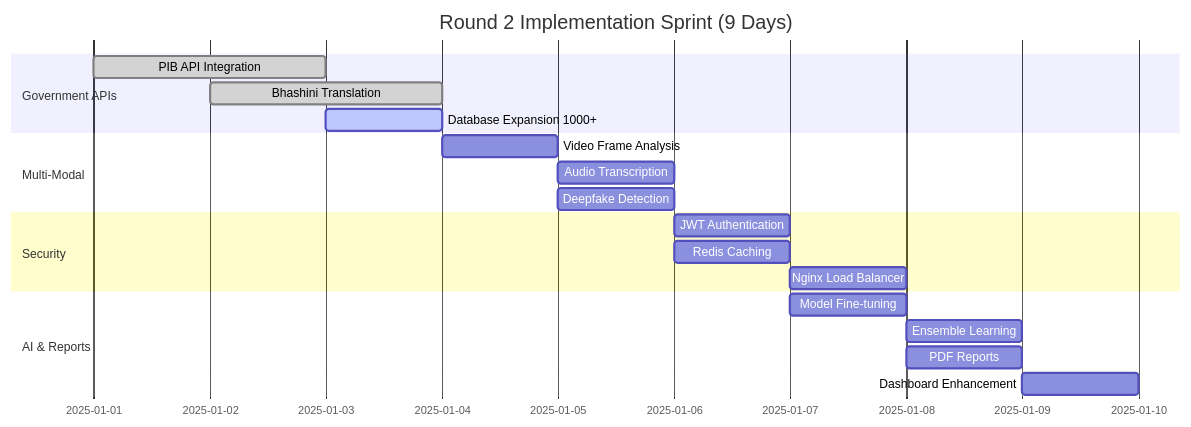
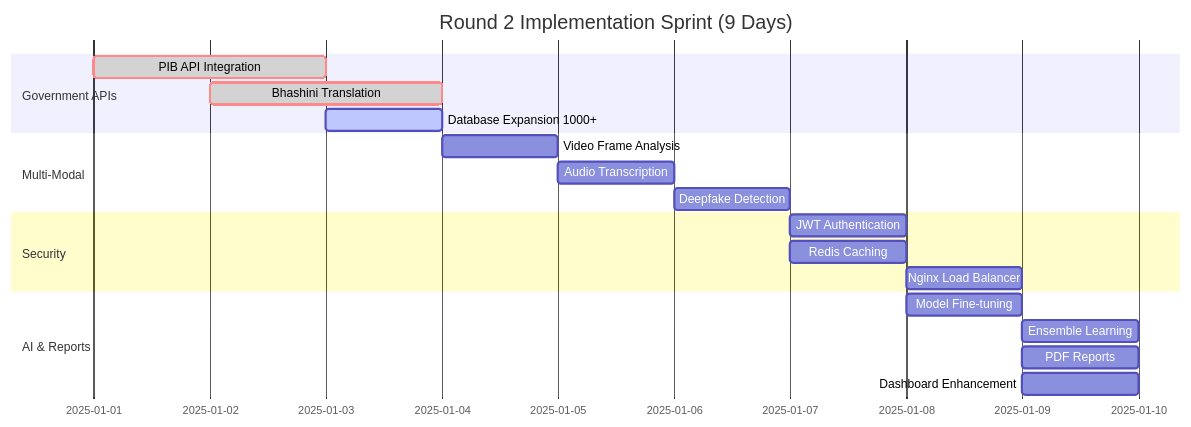
The seventh of 7 diagrams in docs/round2/ROUND2_IMPROVEMENTS.md (AbhishekGiri04/SATYA-DRISHTI), drawn with Mermaid before and after one commit. The commit also changed other lines of this file and 1 other file, not shown here.

Commit message:
Fix Gantt chart visibility for PIB and Bhashini tasks

````diff
--- a/docs/round2/ROUND2_IMPROVEMENTS.md
+++ b/docs/round2/ROUND2_IMPROVEMENTS.md
@@ -735,22 +735,22 @@
 ```mermaid
 gantt
     title Round 2 Implementation Sprint (9 Days)
     dateFormat  YYYY-MM-DD
     section Government APIs
-    PIB API Integration       :done, api1, 2025-01-01, 2d
-    Bhashini Translation      :done, api2, 2025-01-02, 2d
+    PIB API Integration       :crit, done, api1, 2025-01-01, 2d
+    Bhashini Translation      :crit, done, api2, 2025-01-02, 2d
     Database Expansion 1000+  :active, api3, 2025-01-03, 1d
     section Multi-Modal
     Video Frame Analysis      :video1, 2025-01-04, 1d
     Audio Transcription       :video2, 2025-01-05, 1d
-    Deepfake Detection        :video3, 2025-01-05, 1d
+    Deepfake Detection        :video3, 2025-01-06, 1d
     section Security
-    JWT Authentication        :sec1, 2025-01-06, 1d
-    Redis Caching            :sec2, 2025-01-06, 1d
-    Nginx Load Balancer      :sec3, 2025-01-07, 1d
+    JWT Authentication        :sec1, 2025-01-07, 1d
+    Redis Caching            :sec2, 2025-01-07, 1d
+    Nginx Load Balancer      :sec3, 2025-01-08, 1d
     section AI & Reports
-    Model Fine-tuning        :ai1, 2025-01-07, 1d
-    Ensemble Learning        :ai2, 2025-01-08, 1d
-    PDF Reports              :report1, 2025-01-08, 1d
+    Model Fine-tuning        :ai1, 2025-01-08, 1d
+    Ensemble Learning        :ai2, 2025-01-09, 1d
+    PDF Reports              :report1, 2025-01-09, 1d
     Dashboard Enhancement    :report2, 2025-01-09, 1d
 ```
````
